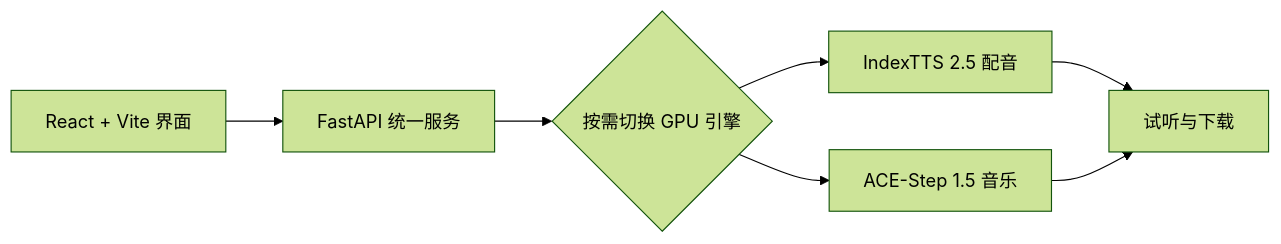
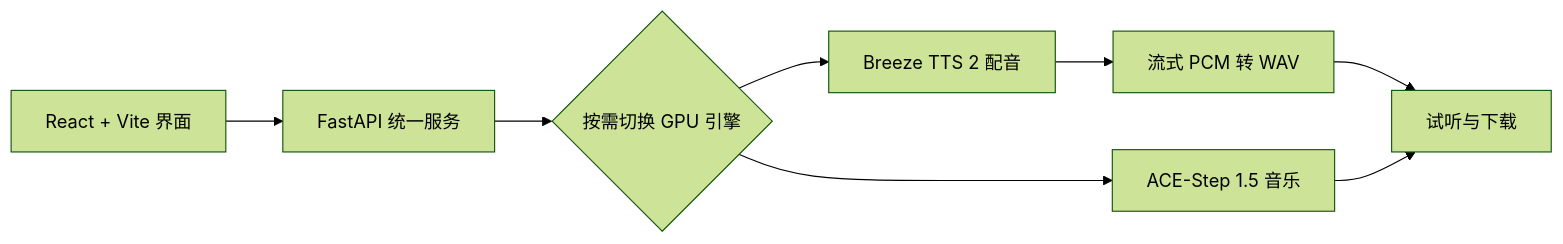
The diagram in README.md (yzz129/Yumi-Sound-Studio), drawn with Mermaid (forest theme) before and after one commit. The commit also changed other lines of this file and 22 other files, not shown here.

First line of the commit message:
feat: switch speech engine to Breeze TTS 2

````diff
--- a/README.md
+++ b/README.md
@@ -51,9 +73,10 @@
 ```mermaid
 flowchart LR
     UI[React + Vite 界面] --> API[FastAPI 统一服务]
     API --> GPU{按需切换 GPU 引擎}
-    GPU --> TTS[IndexTTS 2.5 配音]
+    GPU --> TTS[Breeze TTS 2 配音]
     GPU --> MUSIC[ACE-Step 1.5 音乐]
-    TTS --> RESULT[试听与下载]
+    TTS --> WAV[流式 PCM 转 WAV]
+    WAV --> RESULT[试听与下载]
     MUSIC --> RESULT
 ```
````
